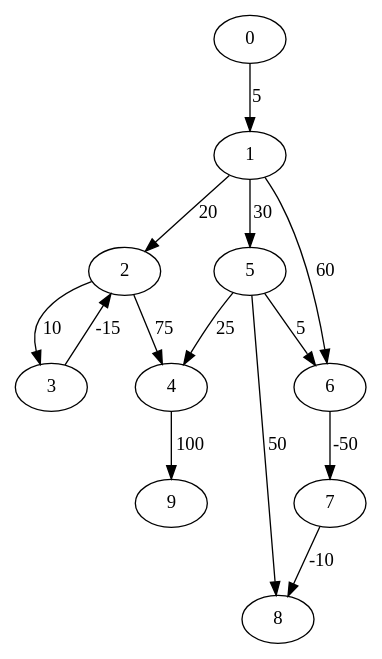
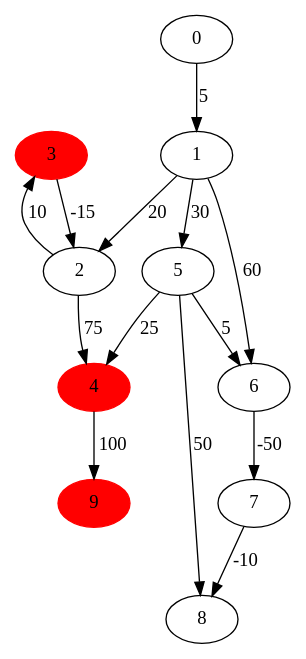
Before and after one commit to evvic/graph-theory: the diagram in Bellman-Ford/graphs/gtest.gv, drawn with Graphviz. The commit also changed 3 other files, not shown here.

```diff
--- a/Bellman-Ford/graphs/gtest.gv
+++ b/Bellman-Ford/graphs/gtest.gv
@@ -1,36 +1,43 @@
 digraph gtest {
+
+    // Prestyling of nodes
+    //   Red = node in negative cycle
+
+    3 [style=filled, color=red]
+    4 [style=filled, color=red]
+    9 [style=filled, color=red]
 
     // node 0
     0 -> 1[label="5"]
 
     // node 1
     1 -> 2[label="20"]
     1 -> 6[label="60"]
     1 -> 5[label="30"]
 
     // node 2
     2 -> 3[label="10"]
     2 -> 4[label="75"]
 
     // node 3
     3 -> 2[label="-15"]
 
     // node 4
     4 -> 9[label="100"]
 
     // node 5
     5 -> 6[label="5"]
     5 -> 8[label="50"]
     5 -> 4[label="25"]
 
     // node 6
     6 -> 7[label="-50"]
 
     // node 7
     7 -> 8[label="-10"]
 
     // node 8
 
     // node 9
 
 }
```
